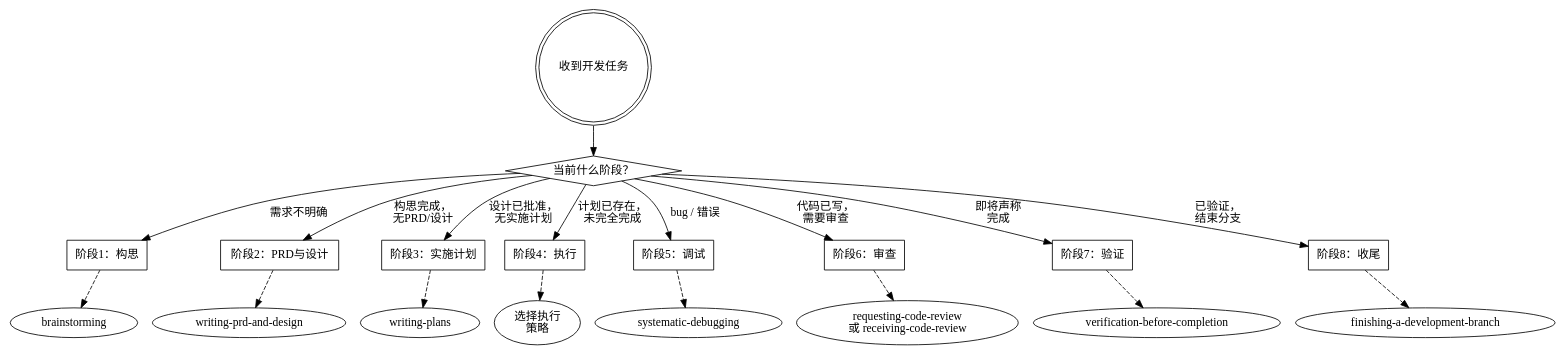
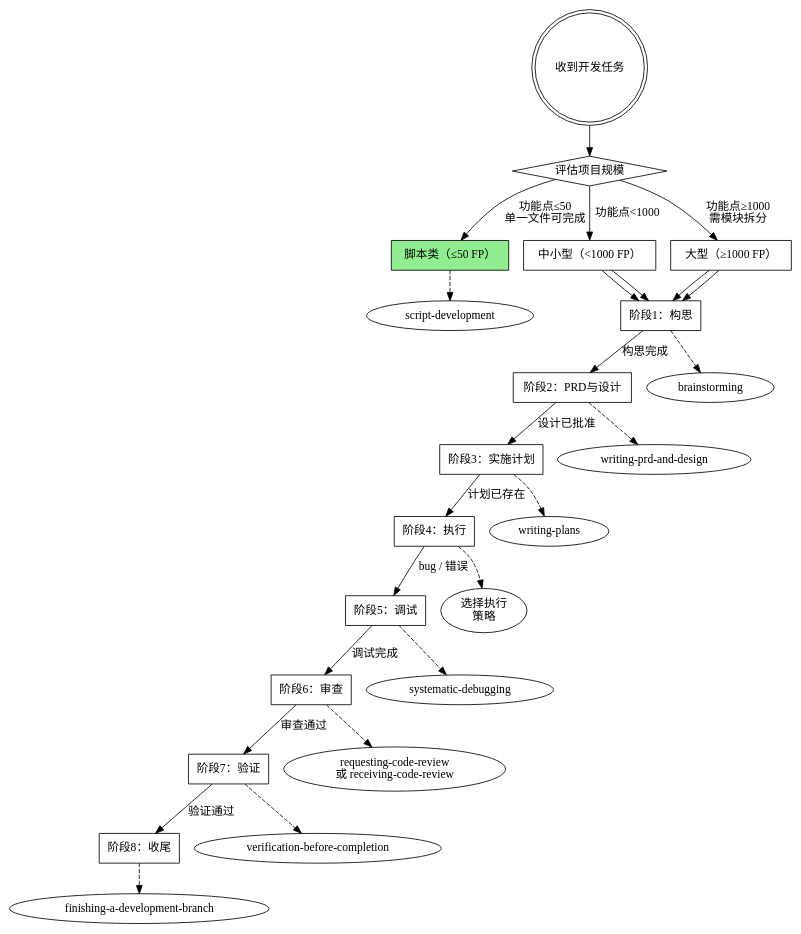
One commit to openbot-coder/coding-skills changed the diagram in coding-skills/SKILL.md. Above: the diagram before and after it, drawn with Graphviz. The commit also changed other lines of this file and 2 other files, not shown here.

````diff
--- a/coding-skills/SKILL.md
+++ b/coding-skills/SKILL.md
@@ -128,33 +151,48 @@
 ```dot
 digraph coding_lifecycle {
     "收到开发任务" [shape=doublecircle];
-    "当前什么阶段？" [shape=diamond];
+    "评估项目规模" [shape=diamond];
+    "脚本类（≤50 FP）" [shape=box, style=filled, fillcolor=lightgreen];
+    "中小型（<1000 FP）" [shape=box];
+    "大型（≥1000 FP）" [shape=box];
+
+    "收到开发任务" -> "评估项目规模";
+    "评估项目规模" -> "脚本类（≤50 FP）" [label="功能点≤50\n单一文件可完成"];
+    "评估项目规模" -> "中小型（<1000 FP）" [label="功能点<1000"];
+    "评估项目规模" -> "大型（≥1000 FP）" [label="功能点≥1000\n需模块拆分"];
+
+    "脚本类（≤50 FP）" -> "script-development" [style=dashed];
+
+    "中小型（<1000 FP）" -> "阶段1：构思";
+    "大型（≥1000 FP）" -> "阶段1：构思";
+
     "阶段1：构思" [shape=box];
     "阶段2：PRD与设计" [shape=box];
     "阶段3：实施计划" [shape=box];
     "阶段4：执行" [shape=box];
     "阶段5：调试" [shape=box];
     "阶段6：审查" [shape=box];
     "阶段7：验证" [shape=box];
     "阶段8：收尾" [shape=box];
 
-    "收到开发任务" -> "当前什么阶段？";
-    "当前什么阶段？" -> "阶段1：构思" [label="需求不明确"];
-    "当前什么阶段？" -> "阶段2：PRD与设计" [label="构思完成，\n无PRD/设计"];
-    "当前什么阶段？" -> "阶段3：实施计划" [label="设计已批准，\n无实施计划"];
-    "当前什么阶段？" -> "阶段4：执行" [label="计划已存在，\n未完全完成"];
-    "当前什么阶段？" -> "阶段5：调试" [label="bug / 错误"];
-    "当前什么阶段？" -> "阶段6：审查" [label="代码已写，\n需要审查"];
-    "当前什么阶段？" -> "阶段7：验证" [label="即将声称\n完成"];
-    "当前什么阶段？" -> "阶段8：收尾" [label="已验证，\n结束分支"];
+    "中小型（<1000 FP）" -> "阶段1：构思";
+    "大型（≥1000 FP）" -> "阶段1：构思";
+
+    "阶段1：构思" -> "阶段2：PRD与设计" [label="构思完成"];
+    "阶段2：PRD与设计" -> "阶段3：实施计划" [label="设计已批准"];
+    "阶段3：实施计划" -> "阶段4：执行" [label="计划已存在"];
+    "阶段4：执行" -> "阶段5：调试" [label="bug / 错误"];
+    "阶段5：调试" -> "阶段6：审查" [label="调试完成"];
+    "阶段6：审查" -> "阶段7：验证" [label="审查通过"];
+    "阶段7：验证" -> "阶段8：收尾" [label="验证通过"];
 
     "阶段1：构思" -> "brainstorming" [style=dashed];
     "阶段2：PRD与设计" -> "writing-prd-and-design" [style=dashed];
     "阶段3：实施计划" -> "writing-plans" [style=dashed];
     "阶段4：执行" -> "选择执行\n策略" [style=dashed];
     "阶段5：调试" -> "systematic-debugging" [style=dashed];
     "阶段6：审查" -> "requesting-code-review\n或 receiving-code-review" [style=dashed];
     "阶段7：验证" -> "verification-before-completion" [style=dashed];
     "阶段8：收尾" -> "finishing-a-development-branch" [style=dashed];
 }
 ```
````
